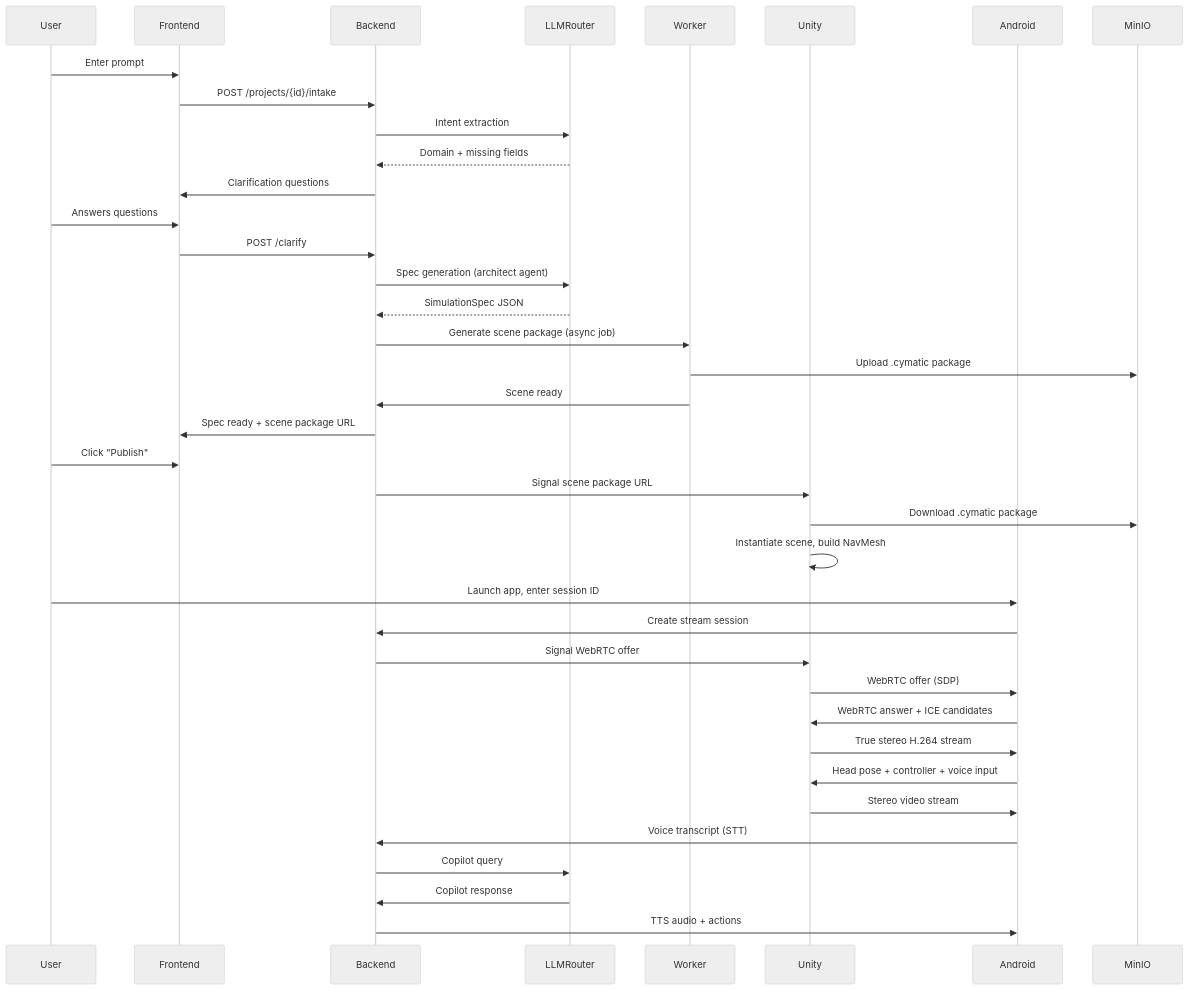
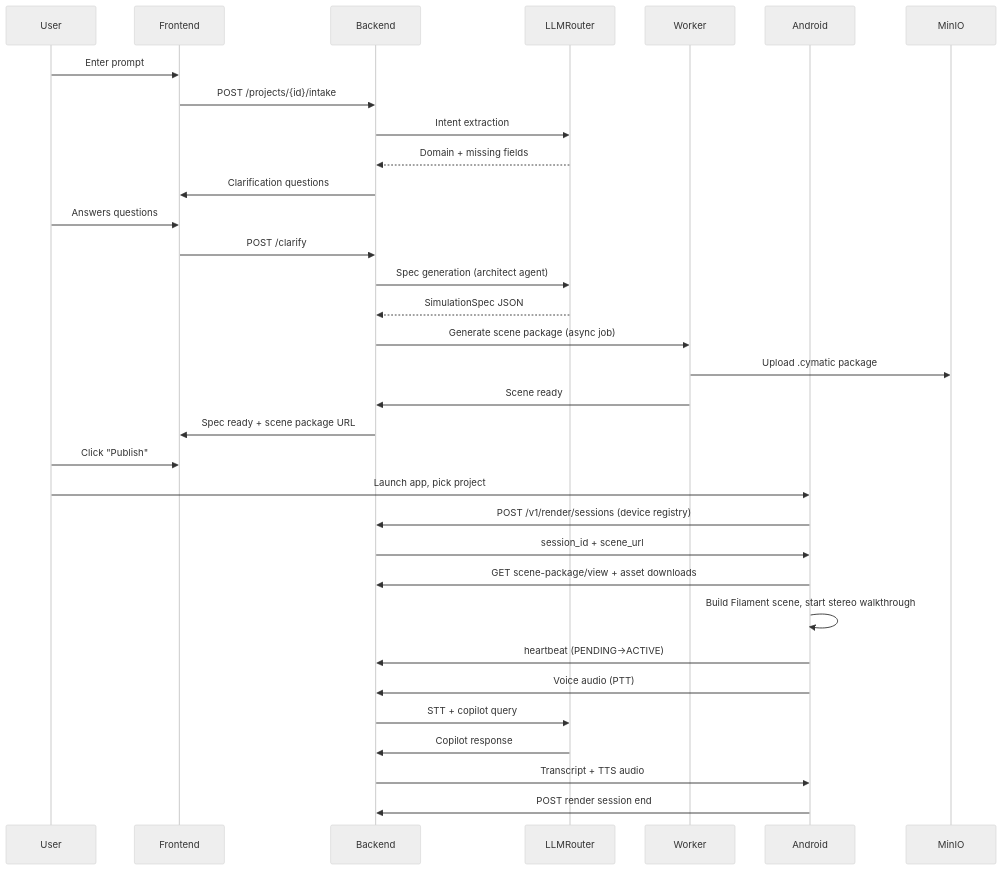
Before and after one commit to EmberPhantom/Cymatic: the second of 2 diagrams in docs/01-architecture.md, drawn with Mermaid (neutral theme). The commit also changed other lines of this file and 12 other files, not shown here.

````diff
--- a/docs/01-architecture.md
+++ b/docs/01-architecture.md
@@ -218,40 +200,35 @@
 ```mermaid
 sequenceDiagram
     participant User
     participant Frontend
     participant Backend
     participant LLMRouter
     participant Worker
-    participant Unity
     participant Android
 
     User->>Frontend: Enter prompt
     Frontend->>Backend: POST /projects/{id}/intake
     Backend->>LLMRouter: Intent extraction
     LLMRouter-->>Backend: Domain + missing fields
     Backend->>Frontend: Clarification questions
     User->>Frontend: Answers questions
     Frontend->>Backend: POST /clarify
     Backend->>LLMRouter: Spec generation (architect agent)
     LLMRouter-->>Backend: SimulationSpec JSON
     Backend->>Worker: Generate scene package (async job)
     Worker->>MinIO: Upload .cymatic package
     Worker->>Backend: Scene ready
     Backend->>Frontend: Spec ready + scene package URL
     User->>Frontend: Click "Publish"
-    Backend->>Unity: Signal scene package URL
-    Unity->>MinIO: Download .cymatic package
-    Unity->>Unity: Instantiate scene, build NavMesh
-    User->>Android: Launch app, enter session ID
-    Android->>Backend: Create stream session
-    Backend->>Unity: Signal WebRTC offer
-    Unity->>Android: WebRTC offer (SDP)
-    Android->>Unity: WebRTC answer + ICE candidates
-    Unity->>Android: True stereo H.264 stream
-    Android->>Unity: Head pose + controller + voice input
-    Unity->>Android: Stereo video stream
-    Android->>Backend: Voice transcript (STT)
-    Backend->>LLMRouter: Copilot query
+    User->>Android: Launch app, pick project
+    Android->>Backend: POST /v1/render/sessions (device registry)
+    Backend->>Android: session_id + scene_url
+    Android->>Backend: GET scene-package/view + asset downloads
+    Android->>Android: Build Filament scene, start stereo walkthrough
+    Android->>Backend: heartbeat (PENDING→ACTIVE)
+    Android->>Backend: Voice audio (PTT)
+    Backend->>LLMRouter: STT + copilot query
     LLMRouter->>Backend: Copilot response
-    Backend->>Android: TTS audio + actions
+    Backend->>Android: Transcript + TTS audio
+    Android->>Backend: POST render session end
 ```
````
